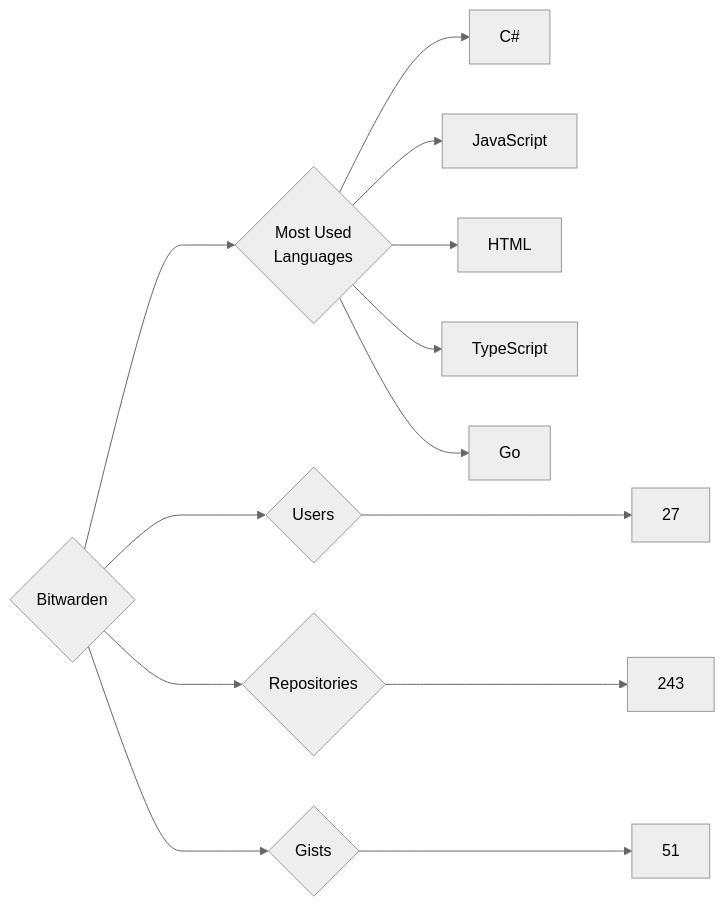
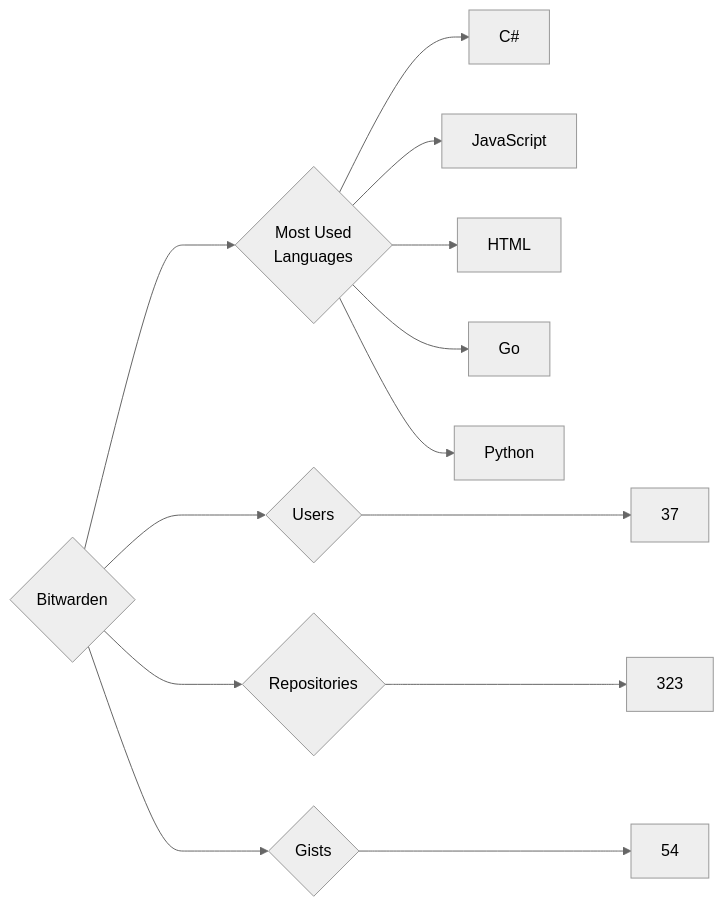
Before and after one commit to trickest/insiders: the diagram in targets/Bitwarden/README.md, drawn with Mermaid (neutral theme). The commit also changed 1314 other files, not shown here.

````diff
--- a/targets/Bitwarden/README.md
+++ b/targets/Bitwarden/README.md
@@ -3,13 +3,13 @@
 ```mermaid
 graph LR
 COMPANY_NAME{Bitwarden}
-COMPANY_NAME ---> U{Users} ---> UN[27]
-COMPANY_NAME ---> R{Repositories} ---> RN[243]
-COMPANY_NAME ---> G{Gists} ---> GN[51]
+COMPANY_NAME ---> U{Users} ---> UN[37]
+COMPANY_NAME ---> R{Repositories} ---> RN[323]
+COMPANY_NAME ---> G{Gists} ---> GN[54]
 COMPANY_NAME ---> ML{Most Used<br>Languages}
 ML --> C#[C#]
 ML --> JavaScript[JavaScript]
 ML --> HTML[HTML]
-ML --> TypeScript[TypeScript]
 ML --> Go[Go]
+ML --> Python[Python]
 ```
````
